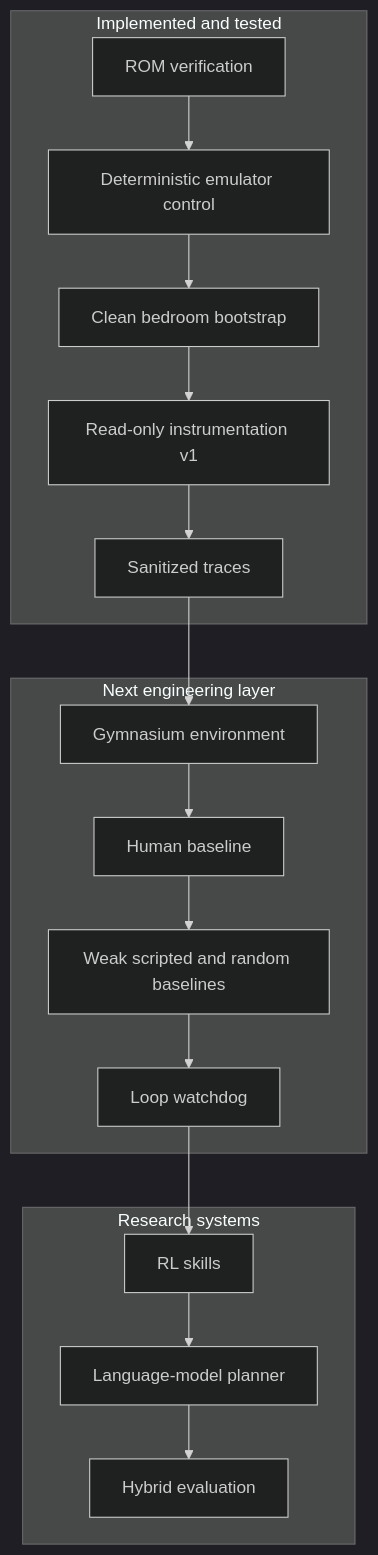
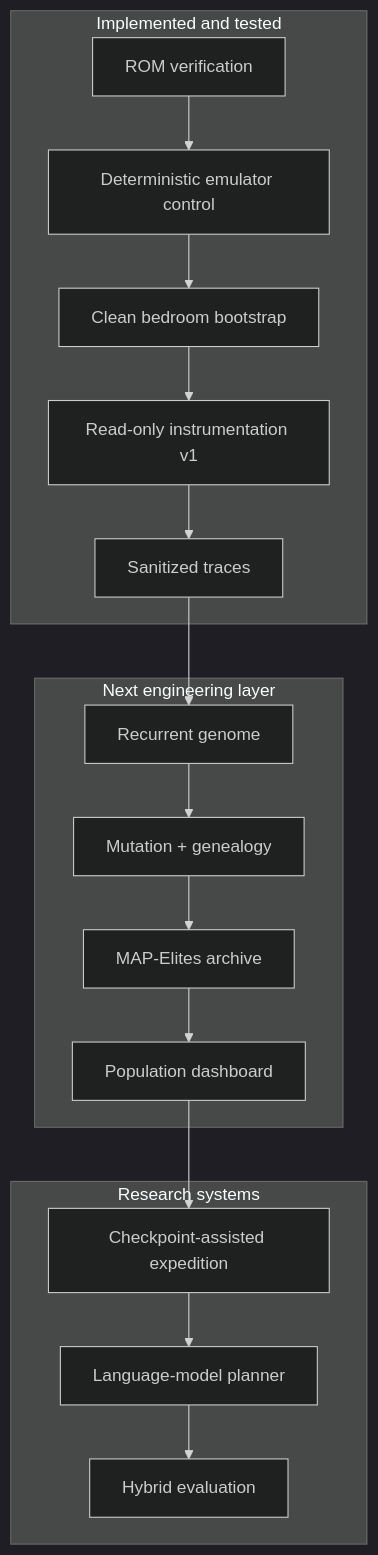
The fifth of 5 diagrams in docs/architecture.md (PeteAndrews1289/pokemon-red-ai), drawn with Mermaid (dark theme) before and after one commit. The commit also changed other lines of this file and 15 other files, not shown here.

Commit message:
Design neuroevolution successor to random baseline

````diff
--- a/docs/architecture.md
+++ b/docs/architecture.md
@@ -140,23 +163,23 @@
 ```mermaid
 flowchart TB
     subgraph Built["Implemented and tested"]
         B1["ROM verification"] --> B2["Deterministic emulator control"]
         B2 --> B3["Clean bedroom bootstrap"]
         B3 --> B4["Read-only instrumentation v1"]
         B4 --> B5["Sanitized traces"]
     end
 
     subgraph Next["Next engineering layer"]
-        N1["Gymnasium environment"] --> N2["Human baseline"]
-        N2 --> N3["Weak scripted and random baselines"]
-        N3 --> N4["Loop watchdog"]
+        N1["Recurrent genome"] --> N2["Mutation + genealogy"]
+        N2 --> N3["MAP-Elites archive"]
+        N3 --> N4["Population dashboard"]
     end
 
     subgraph Later["Research systems"]
-        L1["RL skills"] --> L2["Language-model planner"]
+        L1["Checkpoint-assisted expedition"] --> L2["Language-model planner"]
         L2 --> L3["Hybrid evaluation"]
     end
 
     B5 --> N1
     N4 --> L1
 ```
````
